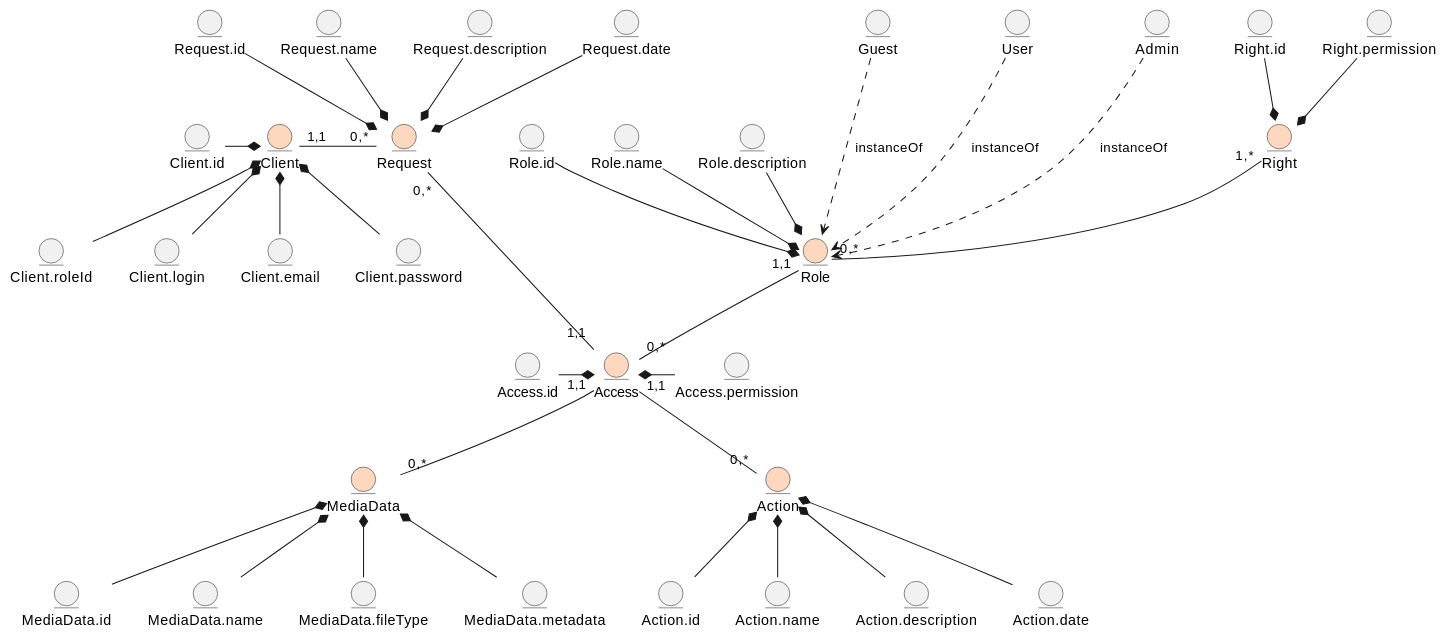
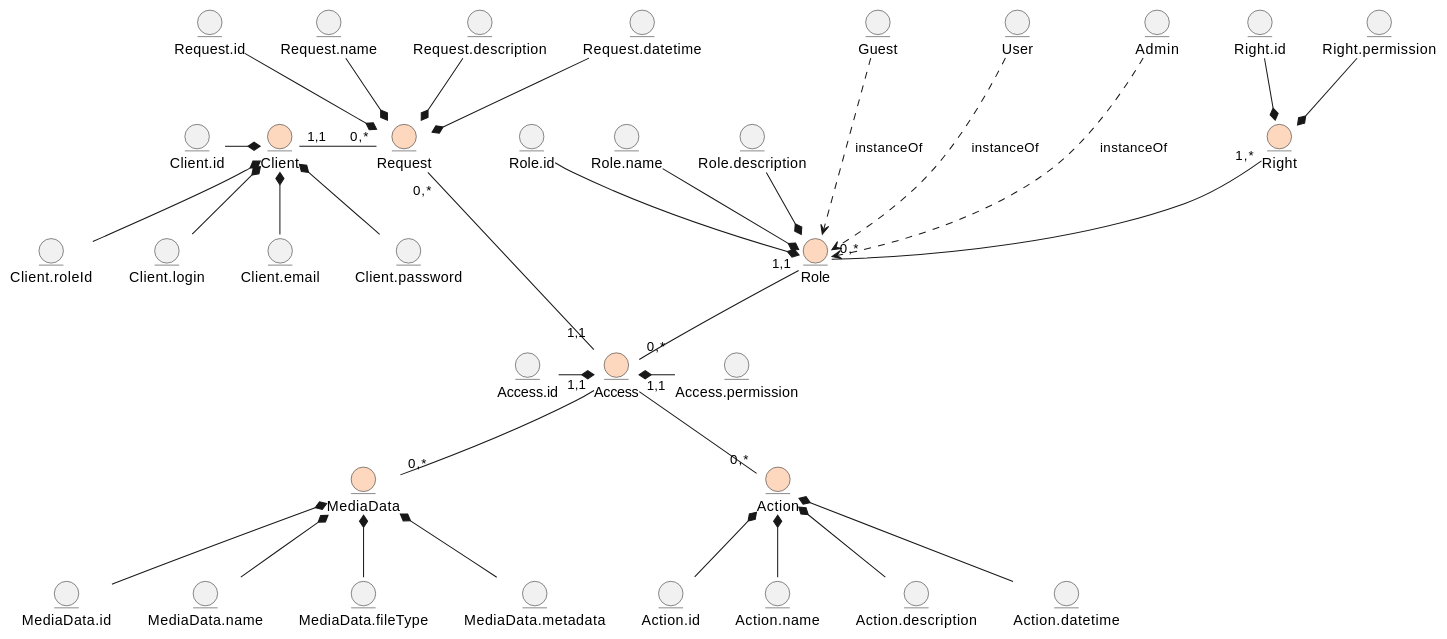
The first of 2 diagrams in docs/design/README.md (nonGratis/retarder-io-23-3), drawn with PlantUML before and after one commit. The commit also changed other lines of this file, not shown here.

Commit message:
date to datetime in Design

```diff
--- a/docs/design/README.md
+++ b/docs/design/README.md
@@ -46,12 +46,12 @@
   entity Request.id
   entity Request.name
   entity Request.description
-  entity Request.date
+  entity Request.datetime
  
   Request.id --* Request
   Request.name --* Request
   Request.description --* Request
-  Request.date --* Request
+  Request.datetime --* Request
 
 entity Access #fdd8bf
   entity Access.id
@@ -64,12 +64,12 @@
   entity Action.id
   entity Action.name
   entity Action.description
-  entity Action.date
+  entity Action.datetime
 
   Action.id -u-* Action
   Action.name -u-* Action
   Action.description -u-* Action
-  Action.date -u-* Action
+  Action.datetime -u-* Action
 
 entity MediaData #fdd8bf
   entity MediaData.id
```
